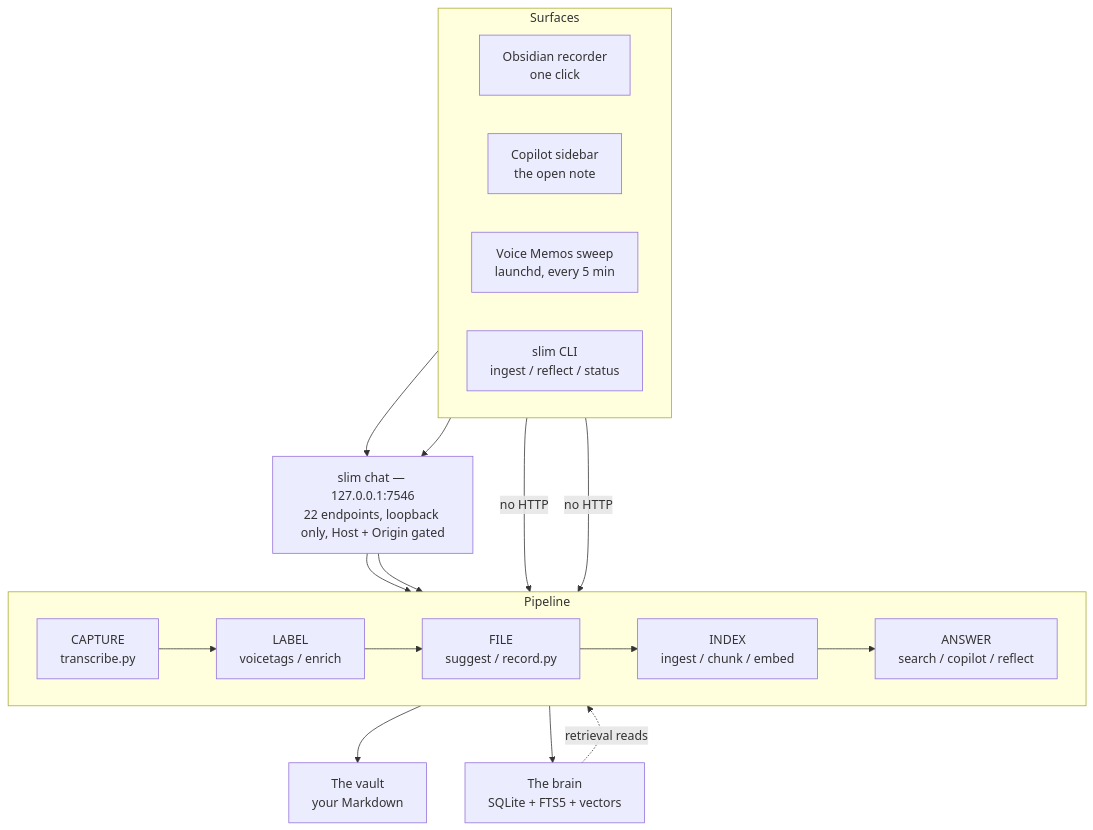
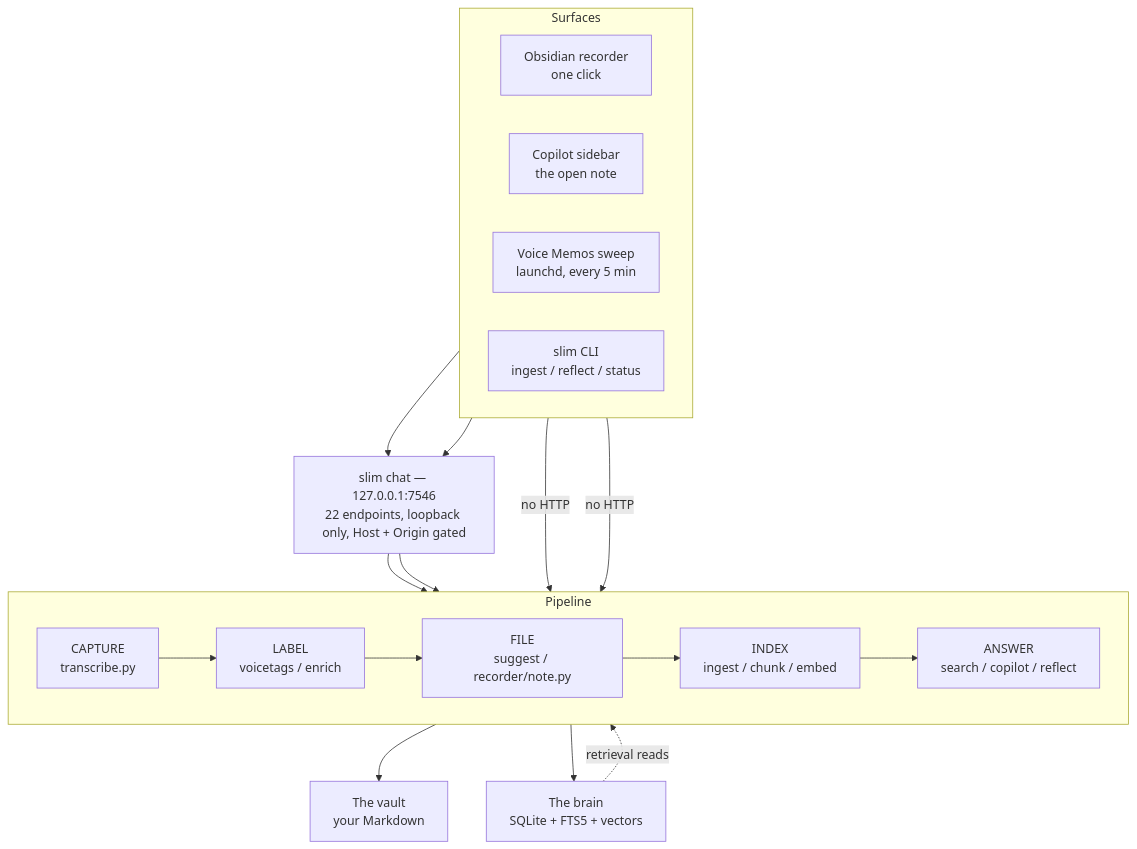
Before and after one commit to TimurAkhtemov/slim-obsidian: the first of 4 diagrams in README.md, drawn with Mermaid. The commit also changed other lines of this file and 32 other files, not shown here.

````diff
--- a/README.md
+++ b/README.md
@@ -42,33 +42,33 @@
 ```mermaid
 flowchart TB
     subgraph S["Surfaces"]
         direction LR
         REC["Obsidian recorder<br/>one click"]
         COP["Copilot sidebar<br/>the open note"]
         MEM["Voice Memos sweep<br/>launchd, every 5 min"]
         CLI["slim CLI<br/>ingest / reflect / status"]
     end
 
     SRV["slim chat — 127.0.0.1:7546<br/>22 endpoints, loopback only, Host + Origin gated"]
 
     subgraph P["Pipeline"]
         direction LR
         CAP["CAPTURE<br/>transcribe.py"] --> LAB["LABEL<br/>voicetags / enrich"]
-        LAB --> FIL["FILE<br/>suggest / record.py"]
+        LAB --> FIL["FILE<br/>suggest / recorder/note.py"]
         FIL --> IDX["INDEX<br/>ingest / chunk / embed"]
         IDX --> ANS["ANSWER<br/>search / copilot / reflect"]
     end
 
     VAULT["The vault<br/>your Markdown"]
     BRAIN["The brain<br/>SQLite + FTS5 + vectors"]
 
     REC --> SRV
     COP --> SRV
     SRV --> CAP
     SRV --> ANS
     MEM -- "no HTTP" --> CAP
     CLI -- "no HTTP" --> IDX
     FIL --> VAULT
     IDX --> BRAIN
     BRAIN -. "retrieval reads" .-> ANS
 ```
````
